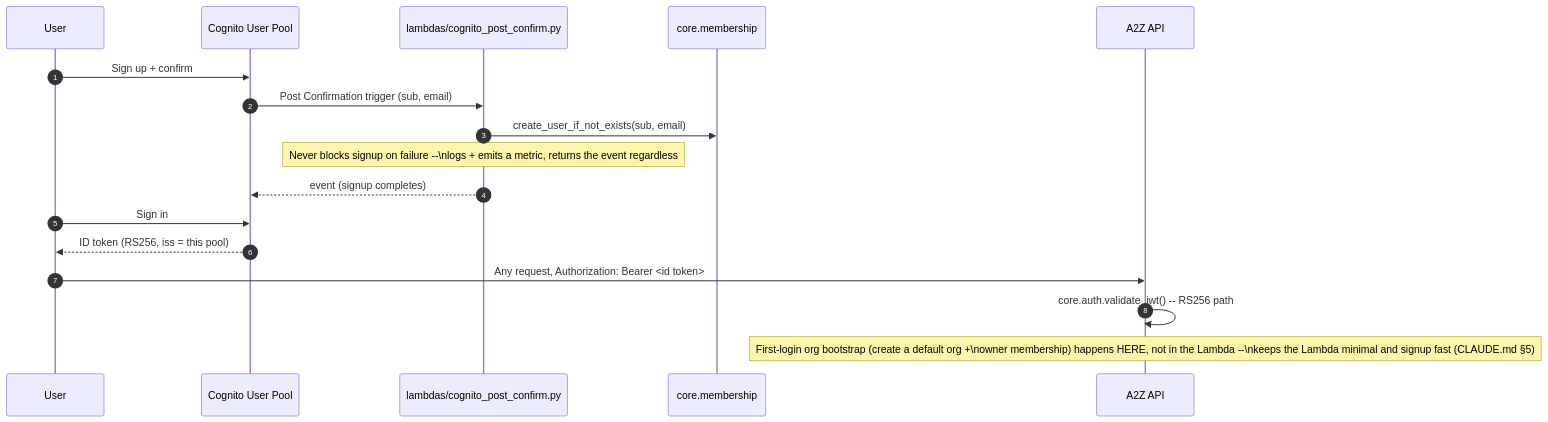
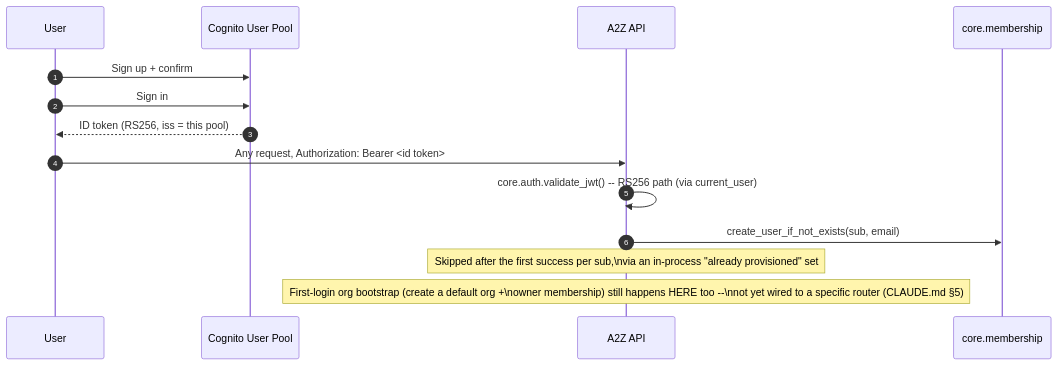
One commit to RafaelOjeda/A2Z-Core changed the second of 4 diagrams in docs/architecture/auth-and-authorization.md. Above: the diagram before and after it, drawn with Mermaid. The commit also changed other lines of this file and 32 other files, not shown here.

````diff
--- a/docs/architecture/auth-and-authorization.md
+++ b/docs/architecture/auth-and-authorization.md
@@ -43,22 +50,18 @@
 ```mermaid
 sequenceDiagram
     autonumber
     participant U as User
     participant Cognito as Cognito User Pool
-    participant PC as lambdas/cognito_post_confirm.py
+    participant App as A2Z API
     participant Mem as core.membership
-    participant App as A2Z API
 
     U->>Cognito: Sign up + confirm
-    Cognito->>PC: Post Confirmation trigger (sub, email)
-    PC->>Mem: create_user_if_not_exists(sub, email)
-    Note over PC: Never blocks signup on failure --\nlogs + emits a metric, returns the event regardless
-    PC-->>Cognito: event (signup completes)
-
     U->>Cognito: Sign in
     Cognito-->>U: ID token (RS256, iss = this pool)
 
     U->>App: Any request, Authorization: Bearer <id token>
-    App->>App: core.auth.validate_jwt() -- RS256 path
-    Note over App: First-login org bootstrap (create a default org +\nowner membership) happens HERE, not in the Lambda --\nkeeps the Lambda minimal and signup fast (CLAUDE.md §5)
+    App->>App: core.auth.validate_jwt() -- RS256 path (via current_user)
+    App->>Mem: create_user_if_not_exists(sub, email)
+    Note over App: Skipped after the first success per sub,\nvia an in-process "already provisioned" set
+    Note over App: First-login org bootstrap (create a default org +\nowner membership) still happens HERE too --\nnot yet wired to a specific router (CLAUDE.md §5)
 ```
````
